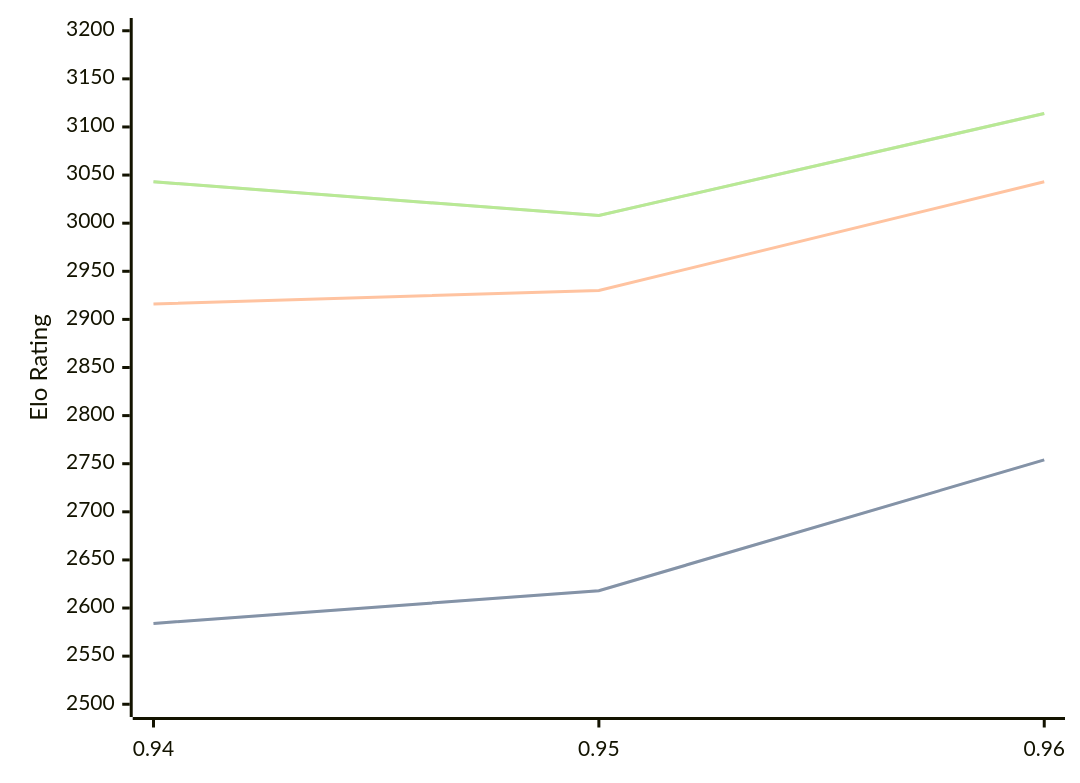
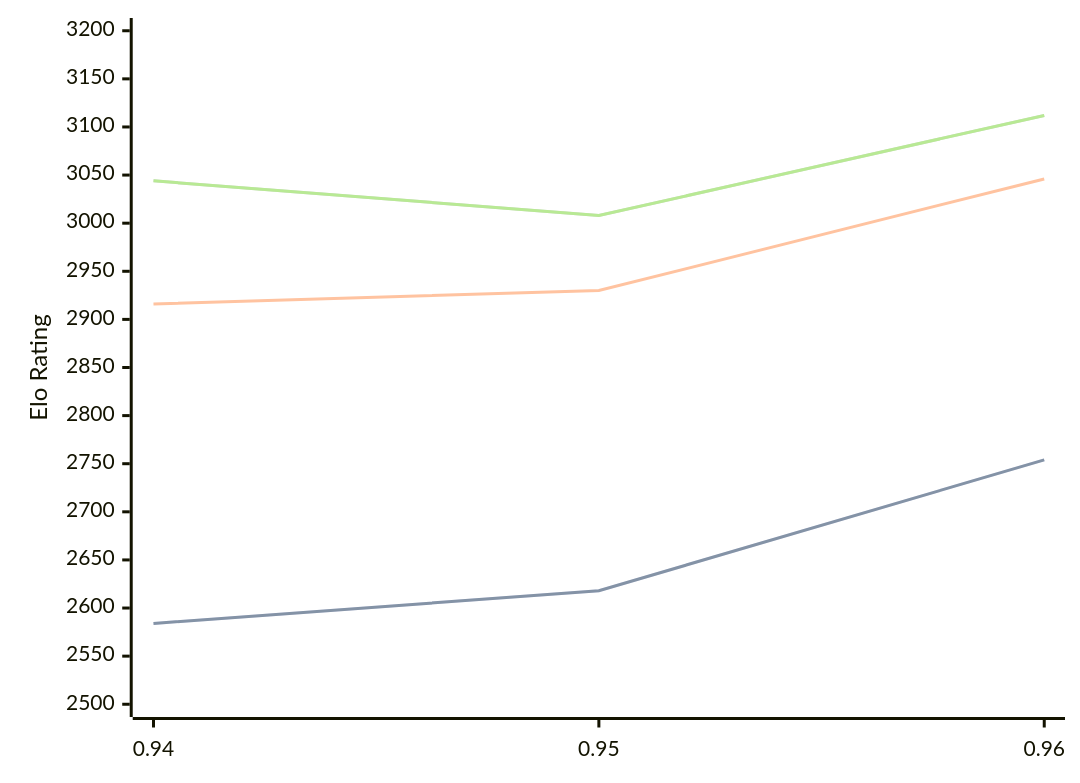
One commit to computer-chess-index/cci changed the first of 3 diagrams in engines/Myrddin.md. Above: the diagram before and after it, drawn with Mermaid. The commit also changed other lines of this file, not shown here.

Commit message:
Update CCI Ratings (ELO VLTC) - 2026-06-21

````diff
--- a/engines/Myrddin.md
+++ b/engines/Myrddin.md
@@ -38,11 +38,11 @@
 ```mermaid
 %%{init: {"theme":"base","themeVariables":{"seriesColors:['#a3a3a3','#222221','#faa371']}}}%%
 xychart-beta
   x-axis ["0.94", "0.95", "0.96"]
   y-axis "Elo Rating" 2500 --> 3200
   line "STC (8.0+0.08s)" [2584, 2618, 2754]
   line "STC (8.0+0.08s)" [2584, 2618, 2754]
-  line "LTC (60.0+0.60s)" [2916, 2930, 3043]
-  line "VLTC (2m24s+1.12s)" [3043, 3008, 3114]
-  line "VLTC (2m24s+1.12s)" [3043, 3008, 3114]
+  line "LTC (60.0+0.60s)" [2916, 2930, 3046]
+  line "VLTC (2m24s+1.12s)" [3044, 3008, 3112]
+  line "VLTC (2m24s+1.12s)" [3044, 3008, 3112]
 ```
````
